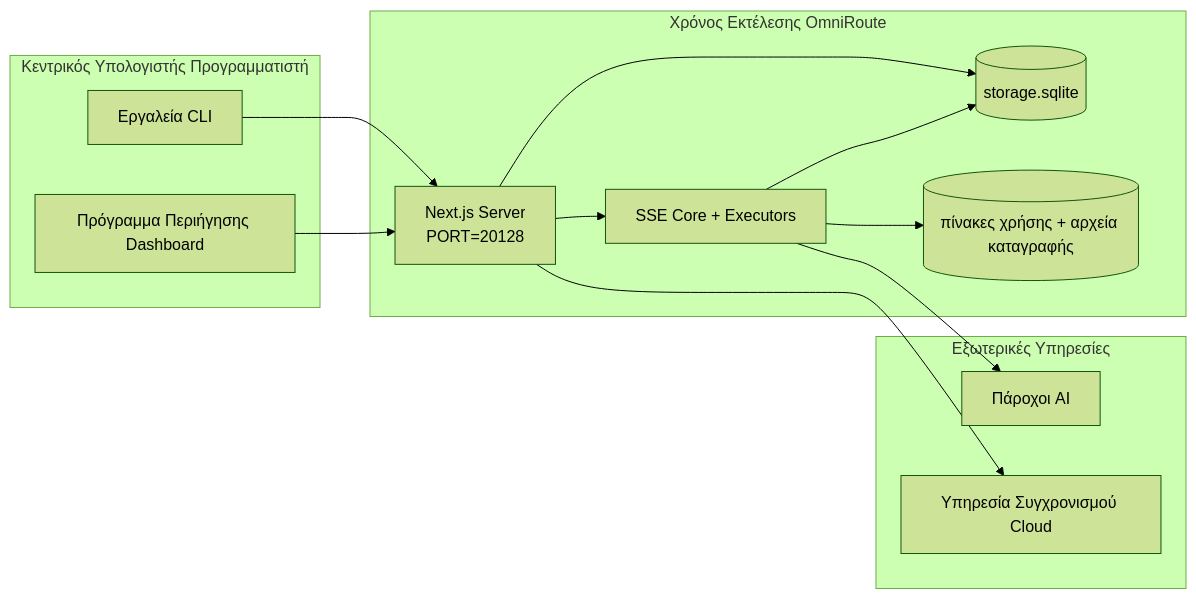
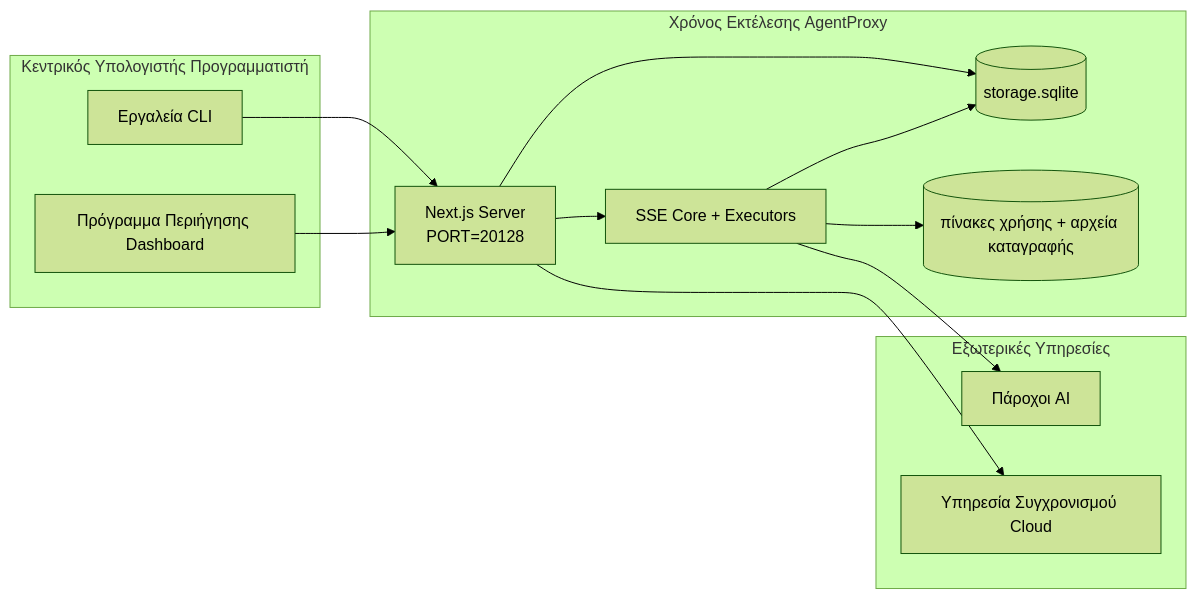
Before and after one commit to khanhkit/AgentProxy: the seventh of 7 diagrams in docs/i18n/el/docs/architecture/ARCHITECTURE.md, drawn with Mermaid (forest theme). The commit also changed other lines of this file and 6043 other files, not shown here.

Commit message:
wip(release): checkpoint AgentProxy identity cleanup

````diff
--- a/docs/i18n/el/docs/architecture/ARCHITECTURE.md
+++ b/docs/i18n/el/docs/architecture/ARCHITECTURE.md
@@ -816,28 +816,28 @@
 ```mermaid
 flowchart LR
     subgraph LocalHost[Κεντρικός Υπολογιστής Προγραμματιστή]
         CLI[Εργαλεία CLI]
         Browser[Πρόγραμμα Περιήγησης Dashboard]
     end
 
-    subgraph ContainerOrProcess[Χρόνος Εκτέλεσης OmniRoute]
+    subgraph ContainerOrProcess[Χρόνος Εκτέλεσης AgentProxy]
         Next[Next.js Server\nPORT=20128]
         Core[SSE Core + Executors]
         MainDB[(storage.sqlite)]
         UsageDB[(πίνακες χρήσης + αρχεία καταγραφής)]
     end
 
     subgraph External[Εξωτερικές Υπηρεσίες]
         Providers[Πάροχοι AI]
         SyncCloud[Υπηρεσία Συγχρονισμού Cloud]
     end
 
     CLI --> Next
     Browser --> Next
     Next --> Core
     Next --> MainDB
     Core --> MainDB
     Core --> UsageDB
     Core --> Providers
     Next --> SyncCloud
 ```
````
